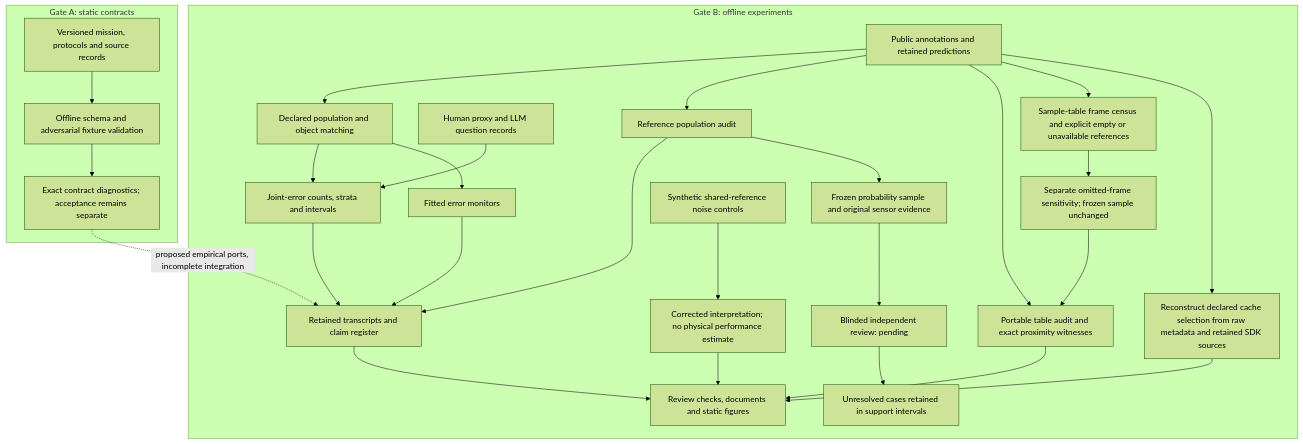
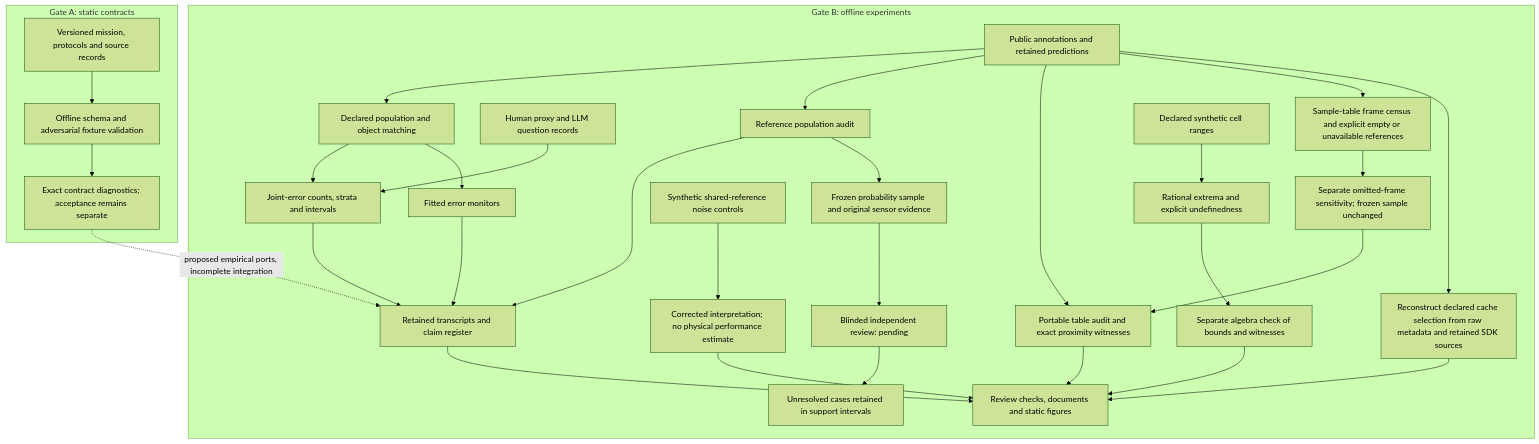
The first of 2 diagrams in README.md (manfromnowhere143/reiyah), drawn with Mermaid (forest theme) before and after one commit. The commit also changed other lines of this file and 26 other files, not shown here.

First line of the commit message:
Correct M4 rectangular bounds and verify extrema independently

````diff
--- a/README.md
+++ b/README.md
@@ -80,31 +87,34 @@
 ```mermaid
 flowchart TB
   subgraph STATIC["Gate A: static contracts"]
     M["Versioned mission, protocols and source records"] --> V["Offline schema and adversarial fixture validation"]
     V --> C["Exact contract diagnostics; acceptance remains separate"]
   end
   subgraph RESEARCH["Gate B: offline experiments"]
     D["Public annotations and retained predictions"] --> P["Declared population and object matching"]
     P --> J["Joint-error counts, strata and intervals"]
     P --> E["Fitted error monitors"]
     H["Human proxy and LLM question records"] --> J
     J --> T["Retained transcripts and claim register"]
     E --> T
     T --> R["Review checks, documents and static figures"]
     D --> A["Reference population audit"]
     A --> T
     D --> AP["Portable table audit and exact proximity witnesses"]
     D --> FC["Sample-table frame census and explicit empty or unavailable references"]
     FC --> FS["Separate omitted-frame sensitivity; frozen sample unchanged"]
     FS --> AP
     AP --> R
     D --> CP["Reconstruct declared cache selection from raw metadata and retained SDK sources"]
     CP --> R
     RN["Synthetic shared-reference noise controls"] --> RI["Corrected interpretation; no physical performance estimate"]
     RI --> R
+    MB["Declared synthetic cell ranges"] --> MS["Rational extrema and explicit undefinedness"]
+    MS --> MC["Separate algebra check of bounds and witnesses"]
+    MC --> R
     A --> P2["Frozen probability sample and original sensor evidence"]
     P2 --> R2["Blinded independent review: pending"]
     R2 --> U2["Unresolved cases retained in support intervals"]
   end
   C -. "proposed empirical ports, incomplete integration" .-> T
 ```
````
